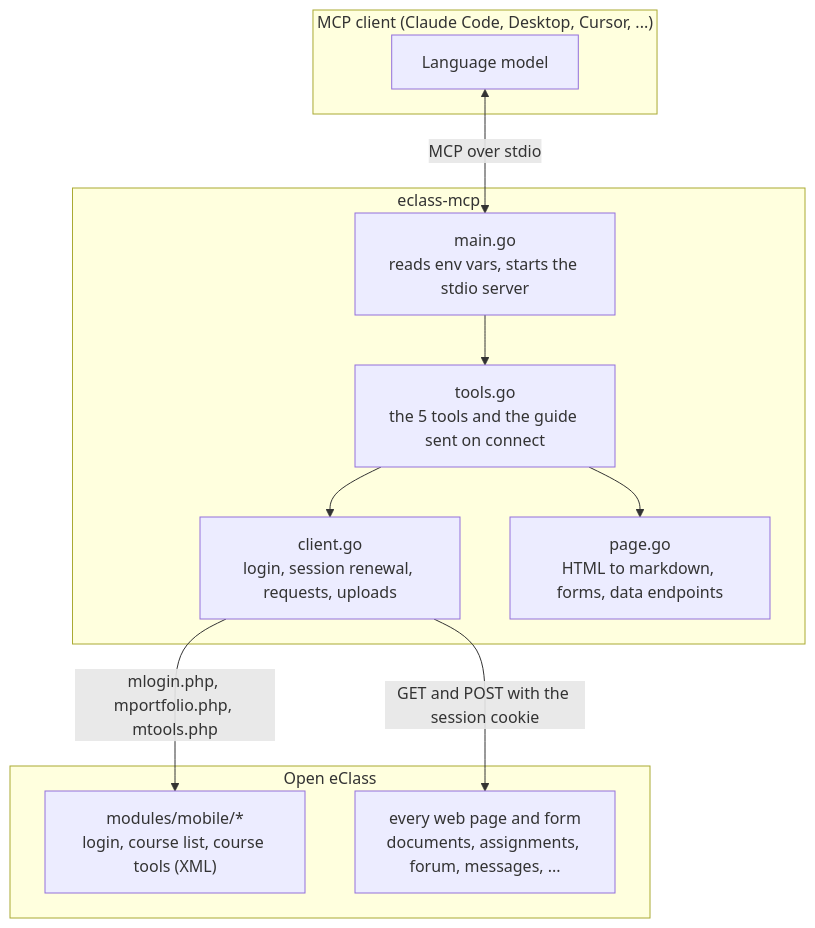
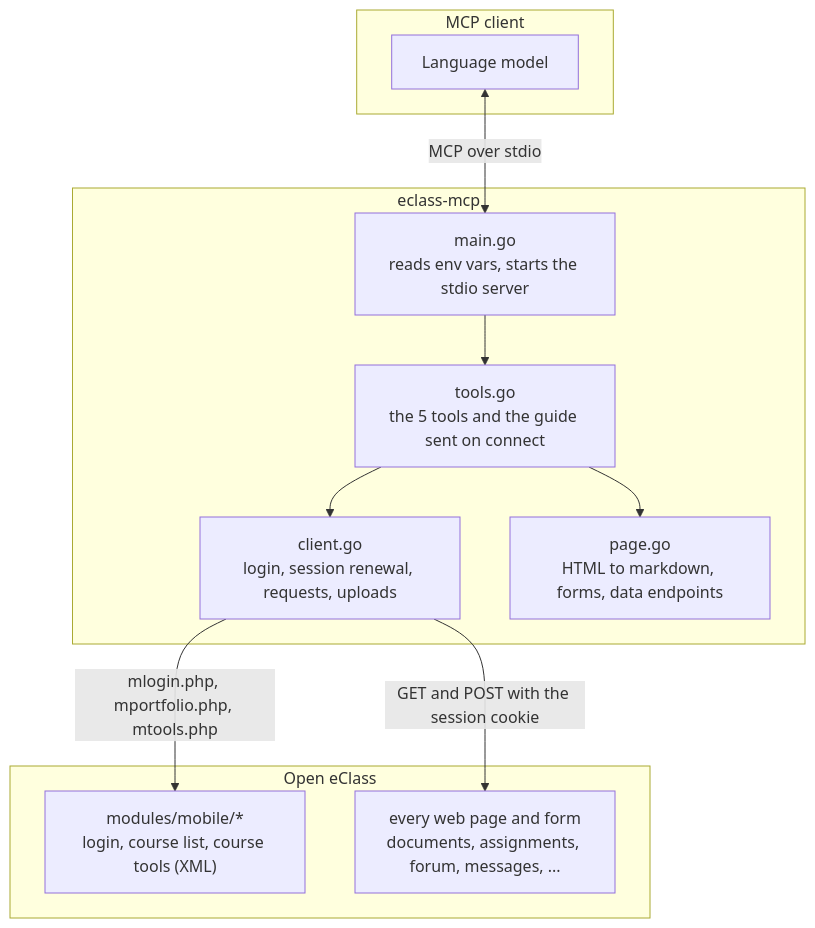
Before and after one commit to uniwa-community/eclass-mcp: the second of 3 diagrams in README.md, drawn with Mermaid.

Commit message:
Shorten the MCP client label in the architecture diagram

````diff
--- a/README.md
+++ b/README.md
@@ -90,25 +90,25 @@
 ```mermaid
 flowchart TB
-    subgraph client["MCP client (Claude Code, Desktop, Cursor, ...)"]
+    subgraph client["MCP client"]
         llm["Language model"]
     end
 
     subgraph server["eclass-mcp"]
         main["main.go<br/>reads env vars, starts the stdio server"]
         tools["tools.go<br/>the 5 tools and the guide sent on connect"]
         http["client.go<br/>login, session renewal, requests, uploads"]
         page["page.go<br/>HTML to markdown, forms, data endpoints"]
     end
 
     subgraph eclass["Open eClass"]
         mobile["modules/mobile/*<br/>login, course list, course tools (XML)"]
         web["every web page and form<br/>documents, assignments, forum, messages, ..."]
     end
 
     llm <-->|"MCP over stdio"| main
     main --> tools
     tools --> http
     tools --> page
     http -->|"mlogin.php, mportfolio.php, mtools.php"| mobile
     http -->|"GET and POST with the session cookie"| web
 ```
````
